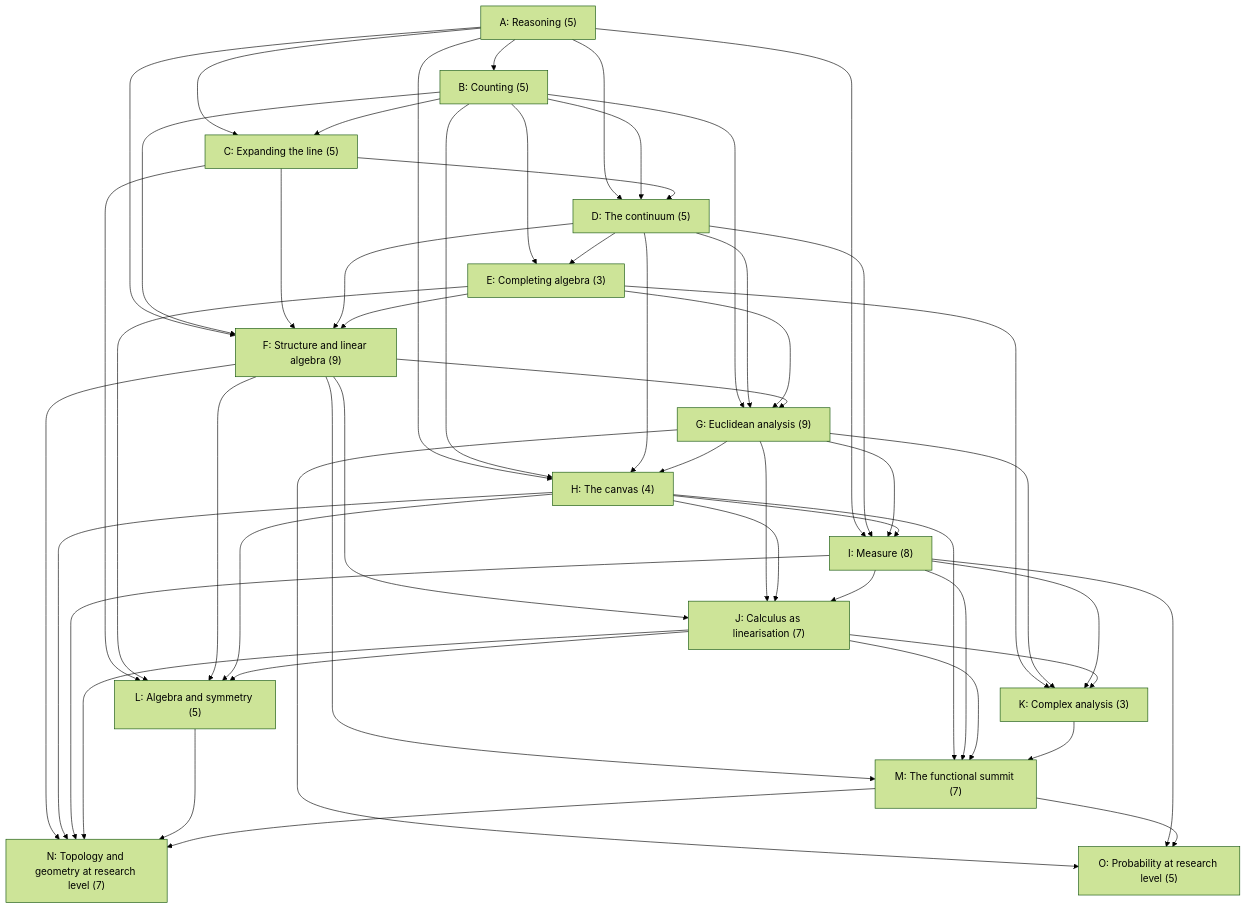
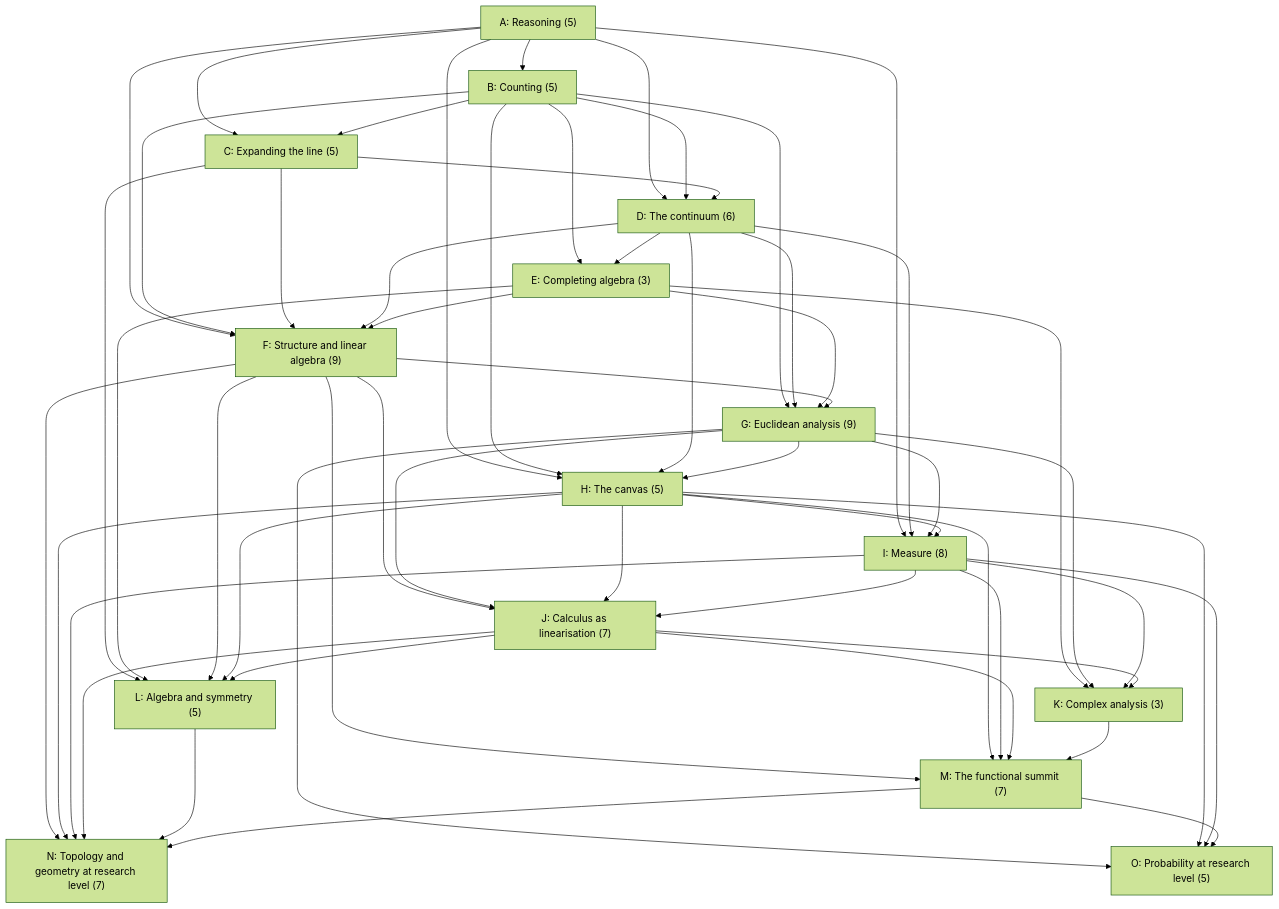
One commit to WyattAu/starlight-sites changed the diagram in sites/mathematics/src/content/docs/17-core-course/index.md. Above: the diagram before and after it, drawn with Mermaid (forest theme). The commit also changed other lines of this file and 4 other files, not shown here.

````diff
--- a/sites/mathematics/src/content/docs/17-core-course/index.md
+++ b/sites/mathematics/src/content/docs/17-core-course/index.md
@@ -53,70 +53,71 @@
 ```mermaid
 graph TD
     A["A: Reasoning (5)"]
     B["B: Counting (5)"]
     C["C: Expanding the line (5)"]
-    D["D: The continuum (5)"]
+    D["D: The continuum (6)"]
     E["E: Completing algebra (3)"]
     F["F: Structure and linear algebra (9)"]
     G["G: Euclidean analysis (9)"]
-    H["H: The canvas (4)"]
+    H["H: The canvas (5)"]
     I["I: Measure (8)"]
     J["J: Calculus as linearisation (7)"]
     K["K: Complex analysis (3)"]
     L["L: Algebra and symmetry (5)"]
     M["M: The functional summit (7)"]
     N["N: Topology and geometry at research level (7)"]
     O["O: Probability at research level (5)"]
     A --> B
     A --> C
     A --> D
     A --> F
     A --> H
     A --> I
     B --> C
     B --> D
     B --> E
     B --> F
     B --> G
     B --> H
     C --> D
     C --> F
     C --> L
     D --> E
     D --> F
     D --> G
     D --> H
     D --> I
     E --> F
     E --> G
     E --> K
     E --> L
     F --> G
     F --> J
     F --> L
     F --> M
     F --> N
     G --> H
     G --> I
     G --> J
     G --> K
     G --> O
     H --> I
     H --> J
     H --> L
     H --> M
     H --> N
+    H --> O
     I --> J
     I --> K
     I --> M
     I --> N
     I --> O
     J --> K
     J --> L
     J --> M
     J --> N
     K --> M
     L --> N
     M --> N
     M --> O
 ```
````
